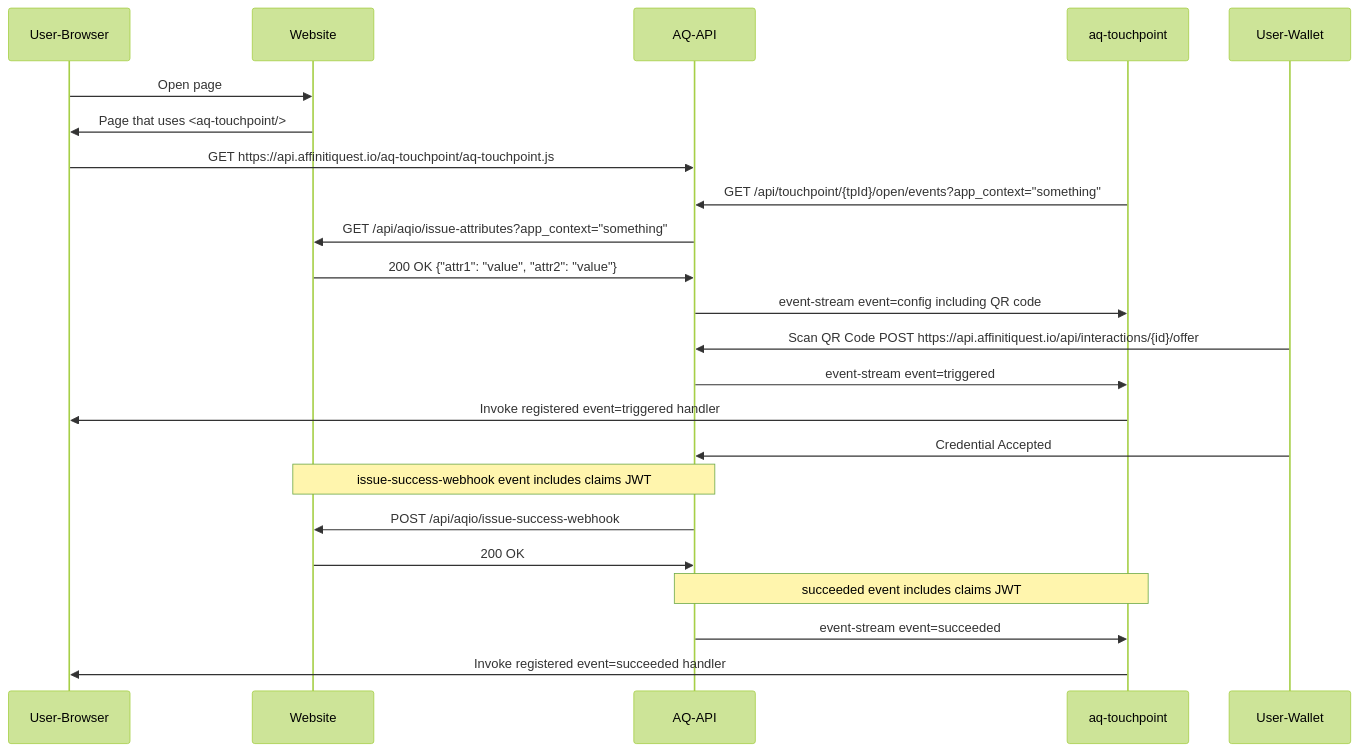
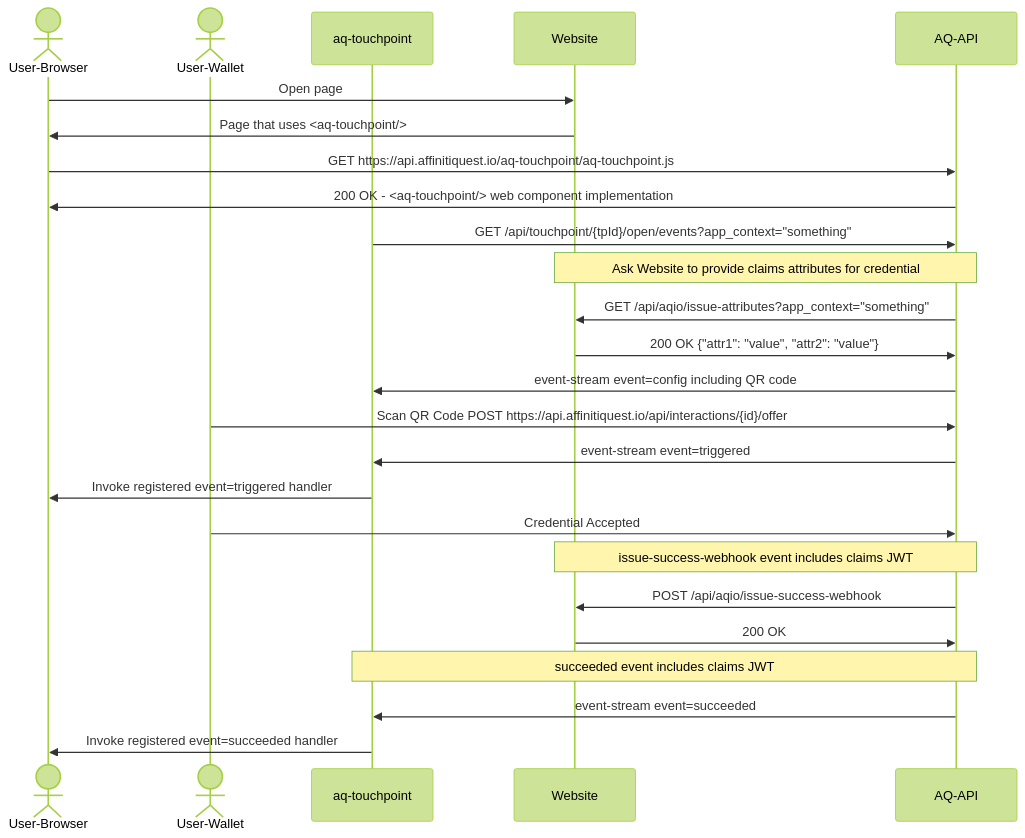
Before and after one commit to AffinitiQuest/aq-touchpoint-samples: the first of 2 diagrams in README.md, drawn with Mermaid (forest theme). The commit also changed other lines of this file, not shown here.

Commit message:
Minor improvements to mermaid diagrams in README.md

````diff
--- a/README.md
+++ b/README.md
@@ -358,20 +358,28 @@
 ```mermaid
  sequenceDiagram
+    actor User-Browser
+    actor User-Wallet
+    participant aq-touchpoint
+    participant Website
+    participant AQ-API
+
     User-Browser ->> Website : Open page
     Website ->> User-Browser : Page that uses <aq-touchpoint/>
     User-Browser ->> AQ-API : GET https://api.affinitiquest.io/aq-touchpoint/aq-touchpoint.js
+    AQ-API ->> User-Browser : 200 OK - <aq-touchpoint/> web component implementation
     aq-touchpoint ->> AQ-API: GET /api/touchpoint/{tpId}/open/events?app_context="something" 
+    Note over AQ-API,Website: Ask Website to provide claims attributes for credential 
     AQ-API ->> Website: GET /api/aqio/issue-attributes?app_context="something"
     Website ->> AQ-API: 200 OK {"attr1": "value", "attr2": "value"}
     AQ-API ->> aq-touchpoint: event-stream event=config including QR code 
     User-Wallet ->> AQ-API : Scan QR Code POST https://api.affinitiquest.io/api/interactions/{id}/offer
     AQ-API ->> aq-touchpoint: event-stream event=triggered 
     aq-touchpoint ->> User-Browser: Invoke registered event=triggered handler
     User-Wallet ->> AQ-API : Credential Accepted
     Note over AQ-API,Website: issue-success-webhook event includes claims JWT
     AQ-API ->> Website: POST /api/aqio/issue-success-webhook
     Website ->> AQ-API: 200 OK
     Note over AQ-API,aq-touchpoint: succeeded event includes claims JWT 
     AQ-API ->> aq-touchpoint: event-stream event=succeeded
     aq-touchpoint ->> User-Browser: Invoke registered event=succeeded handler
 ```
````
